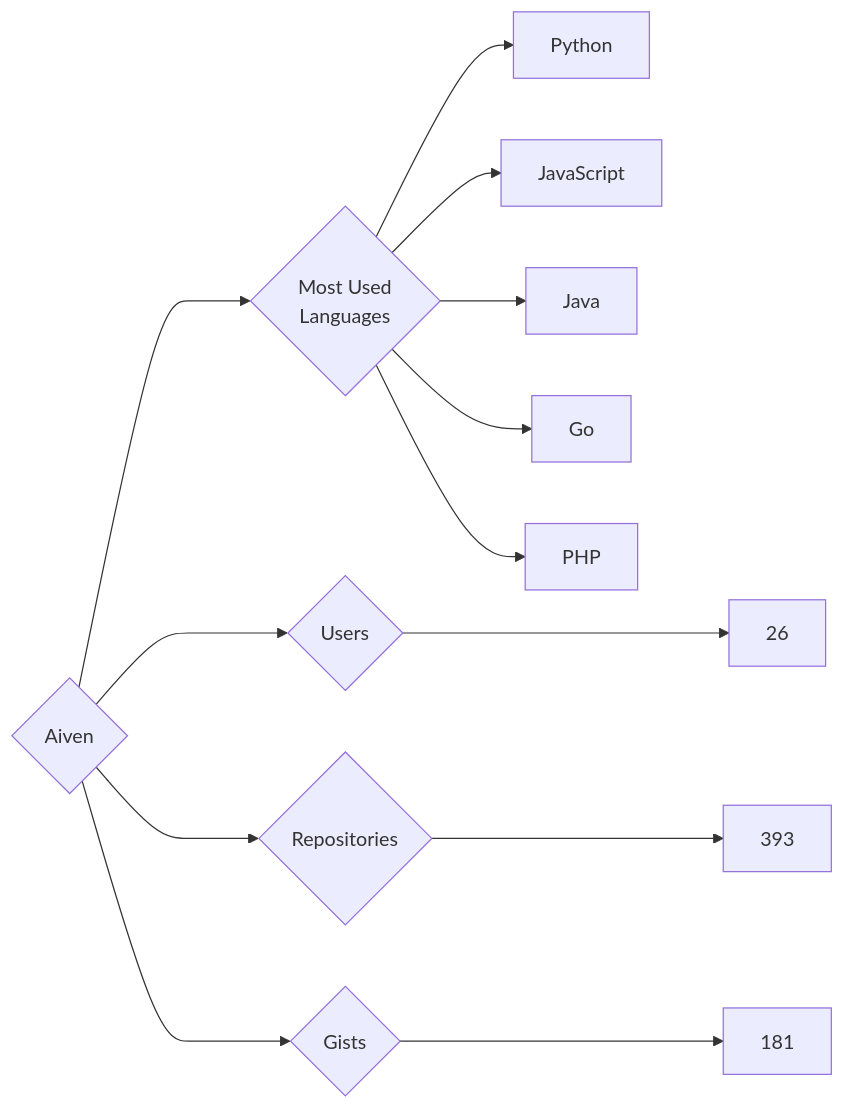
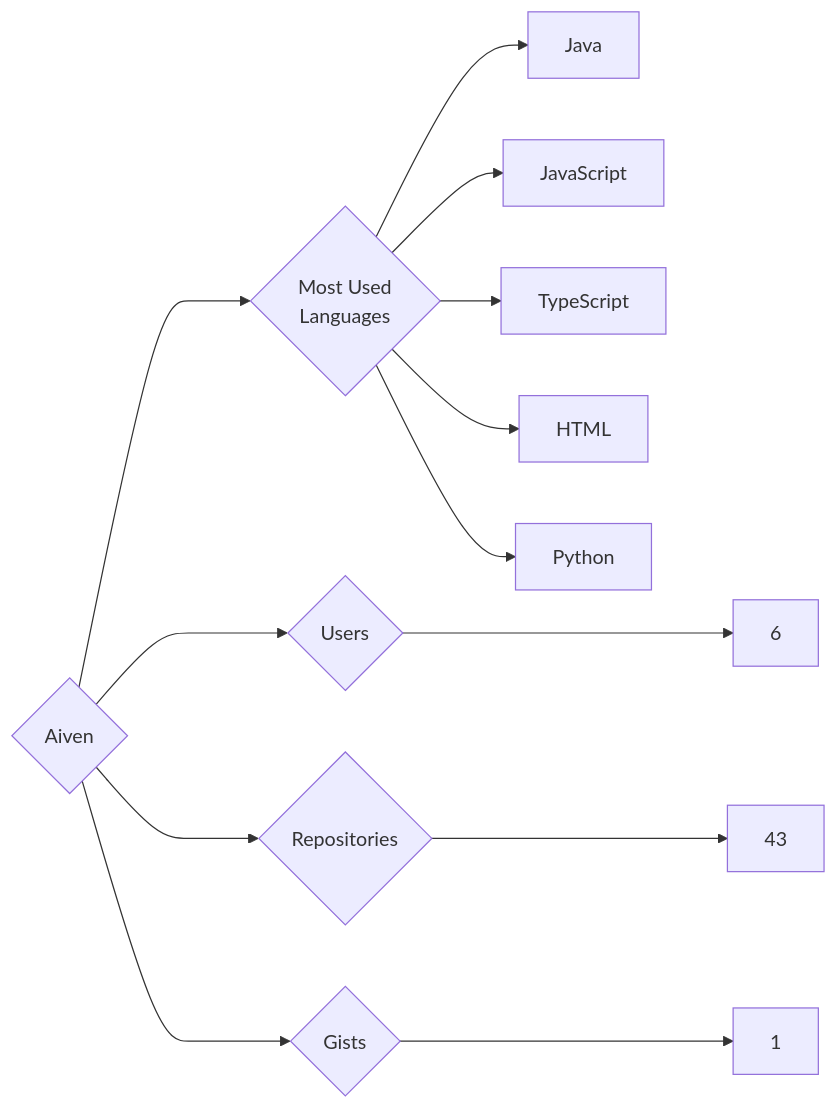
Before and after one commit to trickest/insiders: the diagram in targets/Aiven/README.md, drawn with Mermaid. The commit also changed 934 other files, not shown here.

````diff
--- a/targets/Aiven/README.md
+++ b/targets/Aiven/README.md
@@ -3,13 +3,13 @@
 ```mermaid
 graph LR
 COMPANY_NAME{Aiven}
-COMPANY_NAME ---> U{Users} ---> UN[26]
-COMPANY_NAME ---> R{Repositories} ---> RN[393]
-COMPANY_NAME ---> G{Gists} ---> GN[181]
+COMPANY_NAME ---> U{Users} ---> UN[6]
+COMPANY_NAME ---> R{Repositories} ---> RN[43]
+COMPANY_NAME ---> G{Gists} ---> GN[1]
 COMPANY_NAME ---> ML{Most Used<br>Languages}
+ML --> Java[Java]
+ML --> JavaScript[JavaScript]
+ML --> TypeScript[TypeScript]
+ML --> HTML[HTML]
 ML --> Python[Python]
-ML --> JavaScript[JavaScript]
-ML --> Java[Java]
-ML --> Go[Go]
-ML --> PHP[PHP]
 ```
````
